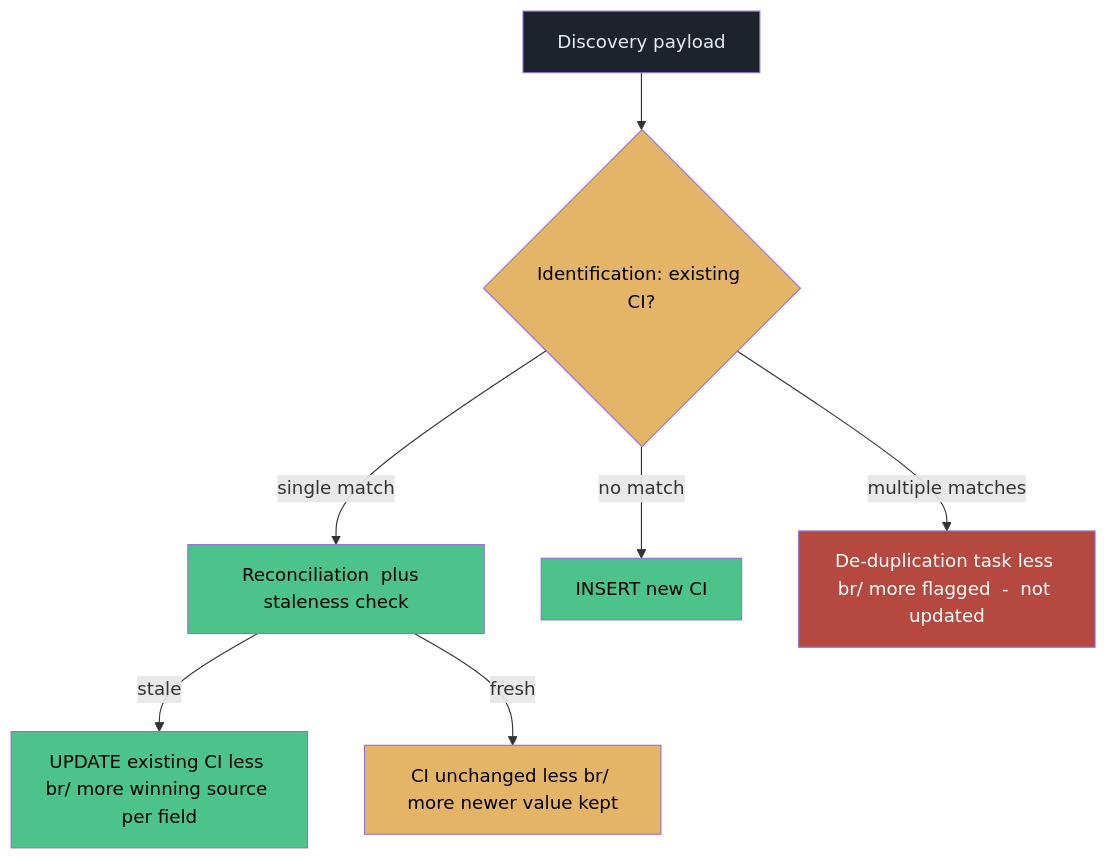
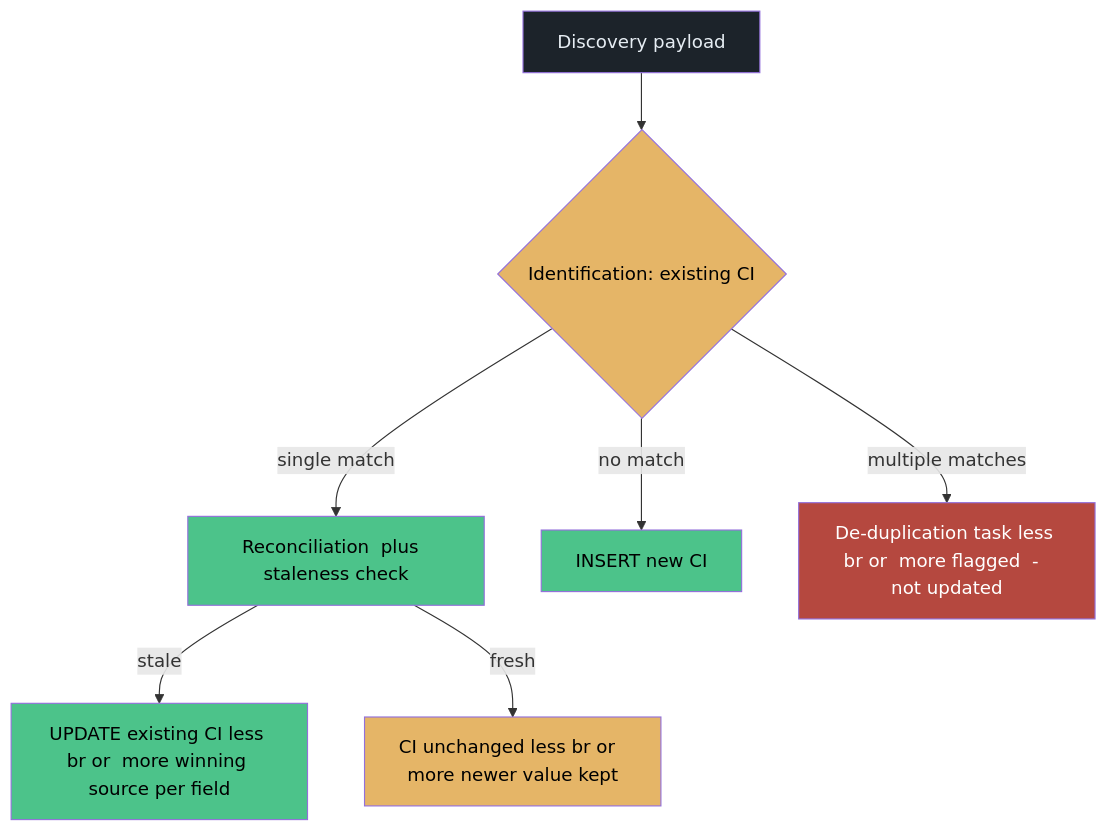
The first of 5 diagrams in docs/modules/discovery/discovery-guide.backup-2026-11-24.md (eltonaguiar/ServiceNow_Learning_TSOM-_CSM_FSM_SalesCRM_HAM_ITSM), drawn with Mermaid before and after one commit. The commit also changed other lines of this file and 19 other files, not shown here.

First line of the commit message:
Fix Mermaid diagram syntax errors - replace problematic chars in text content only

````diff
--- a/docs/modules/discovery/discovery-guide.backup-2026-11-24.md
+++ b/docs/modules/discovery/discovery-guide.backup-2026-11-24.md
@@ -250,18 +250,18 @@
 ```mermaid
 flowchart TD
-    DISC[Discovery payload] --> ID{Identification: existing CI?}
+    DISC[Discovery payload] --> ID{Identification: existing CI}
     ID -->|single match| REC[Reconciliation  plus  staleness check]
     ID -->|no match| NEW[INSERT new CI]
-    ID -->|multiple matches| DEDUP[De-duplication task less br/ more flagged  -  not updated]
-    REC -->|stale| UPD[UPDATE existing CI less br/ more winning source per field]
-    REC -->|fresh| SKIP[CI unchanged less br/ more newer value kept]
+    ID -->|multiple matches| DEDUP[De-duplication task less br or  more flagged  -  not updated]
+    REC -->|stale| UPD[UPDATE existing CI less br or  more winning source per field]
+    REC -->|fresh| SKIP[CI unchanged less br or  more newer value kept]
 
     style DISC fill:#1c232a,color:#e6edf3
     style ID fill:#e5b567,color:#000
     style REC fill:#4cc38a,color:#000
     style NEW fill:#4cc38a,color:#000
     style DEDUP fill:#b5483f,color:#fff
     style UPD fill:#4cc38a,color:#000
     style SKIP fill:#e5b567,color:#000
 
 ```
````
